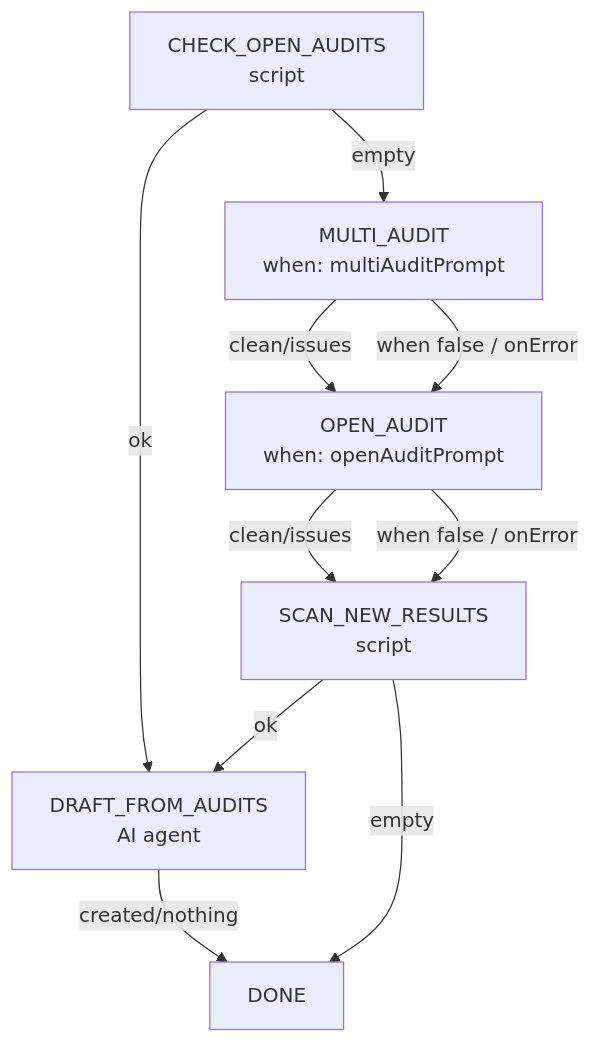
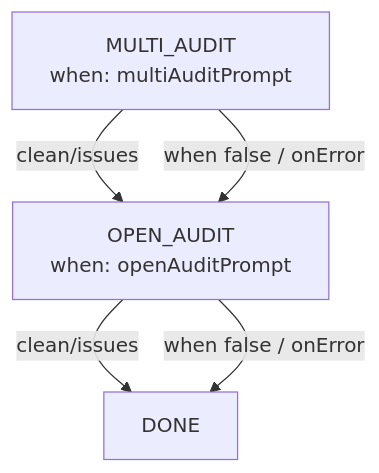
The third of 3 diagrams in tools/mission-driver/design/mission-driver-flow-design.md (entropy-cloud/attractor-guided-engineering-template), drawn with Mermaid before and after one commit. The commit also changed other lines of this file and 9 other files, not shown here.

First line of the commit message:
docs(age-autonomy): plan-2026-08-25-0950 docs/log/roadmap update

````diff
--- a/tools/mission-driver/design/mission-driver-flow-design.md
+++ b/tools/mission-driver/design/mission-driver-flow-design.md
@@ -204,16 +206,8 @@
 ```mermaid
 flowchart TD
-    COA["CHECK_OPEN_AUDITS<br/>script"] -->|ok| DFA["DRAFT_FROM_AUDITS<br/>AI agent"]
-    COA -->|empty| MA
-
     MA["MULTI_AUDIT<br/>when: multiAuditPrompt"] -->|clean/issues| OA
     MA -->|when false / onError| OA
 
-    OA["OPEN_AUDIT<br/>when: openAuditPrompt"] -->|clean/issues| SNR
-    OA -->|when false / onError| SNR
-
-    SNR["SCAN_NEW_RESULTS<br/>script"] -->|ok| DFA
-    SNR -->|empty| DONE
-
-    DFA -->|created/nothing| DONE
+    OA["OPEN_AUDIT<br/>when: openAuditPrompt"] -->|clean/issues| DONE
+    OA -->|when false / onError| DONE
 ```
````
